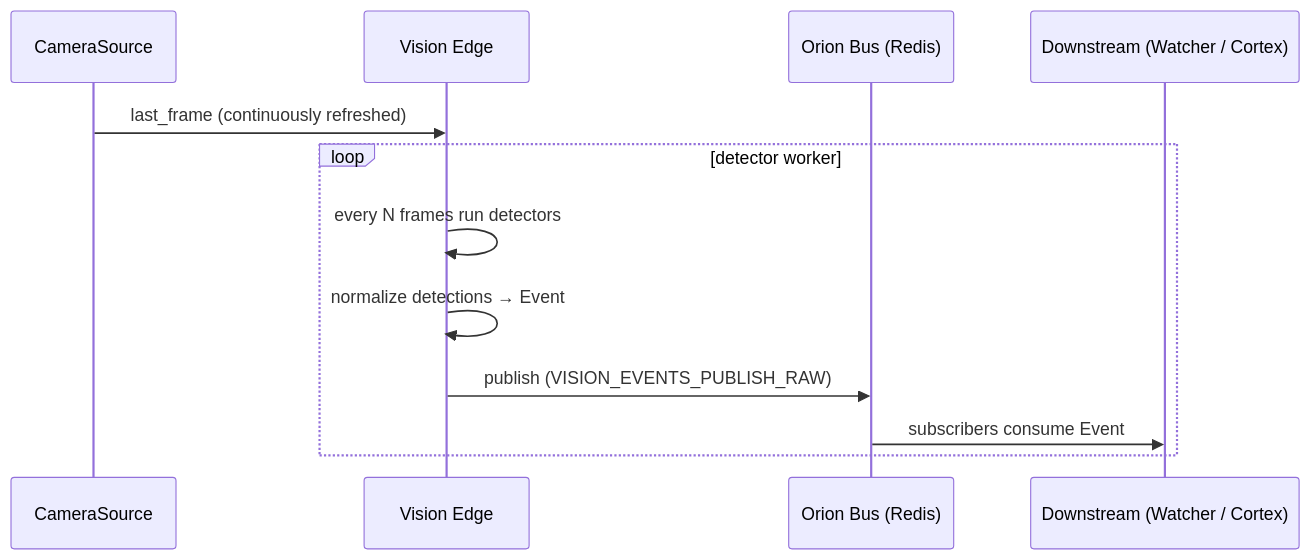
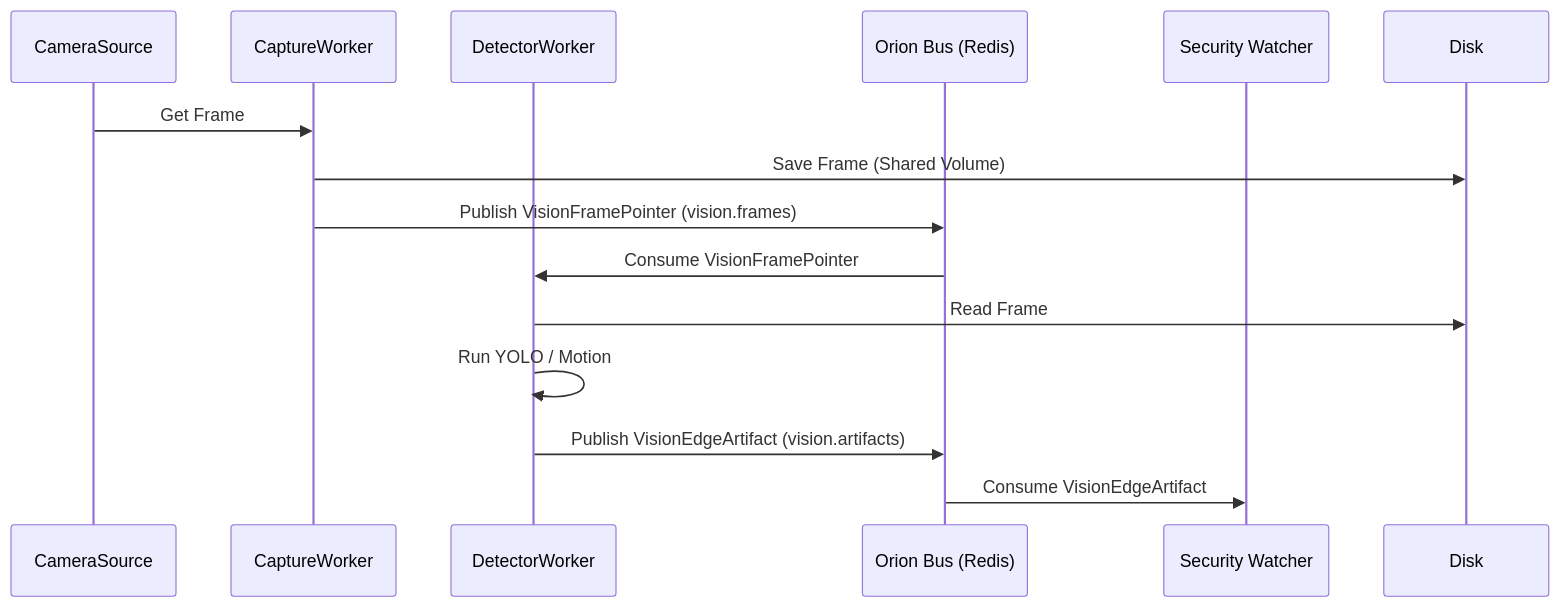
Before and after one commit to junebug-junie/Orion-Sapienform: the diagram in services/orion-vision-edge/README.md, drawn with Mermaid. The commit also changed other lines of this file and 16 other files, not shown here.

First line of the commit message:
Upgrade Vision Edge and Guard to Titanium Bus

````diff
--- a/services/orion-vision-edge/README.md
+++ b/services/orion-vision-edge/README.md
@@ -47,15 +14,19 @@
 ```mermaid
 sequenceDiagram
     participant Cam as CameraSource
-    participant Edge as Vision Edge
+    participant Capture as CaptureWorker
+    participant Detect as DetectorWorker
     participant Bus as Orion Bus (Redis)
-    participant Down as Downstream (Watcher / Cortex)
+    participant Guard as Security Watcher
 
-    Cam->>Edge: last_frame (continuously refreshed)
-    loop detector worker
-      Edge->>Edge: every N frames run detectors
-      Edge->>Edge: normalize detections → Event
-      Edge->>Bus: publish (VISION_EVENTS_PUBLISH_RAW)
-      Bus->>Down: subscribers consume Event
-    end
+    Cam->>Capture: Get Frame
+    Capture->>Disk: Save Frame (Shared Volume)
+    Capture->>Bus: Publish VisionFramePointer (vision.frames)
+
+    Bus->>Detect: Consume VisionFramePointer
+    Detect->>Disk: Read Frame
+    Detect->>Detect: Run YOLO / Motion
+    Detect->>Bus: Publish VisionEdgeArtifact (vision.artifacts)
+
+    Bus->>Guard: Consume VisionEdgeArtifact
 ```
````
